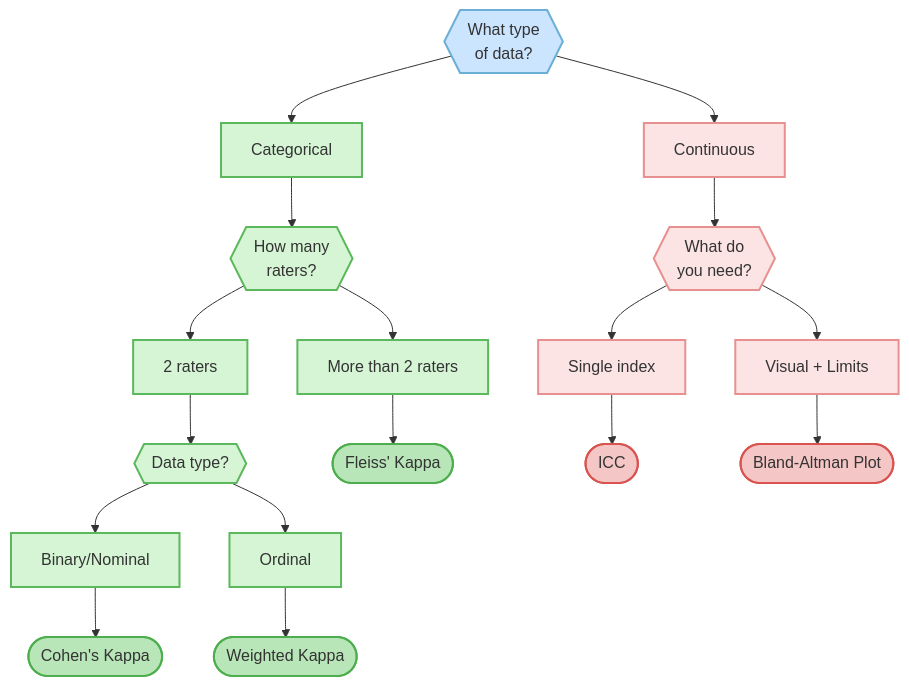
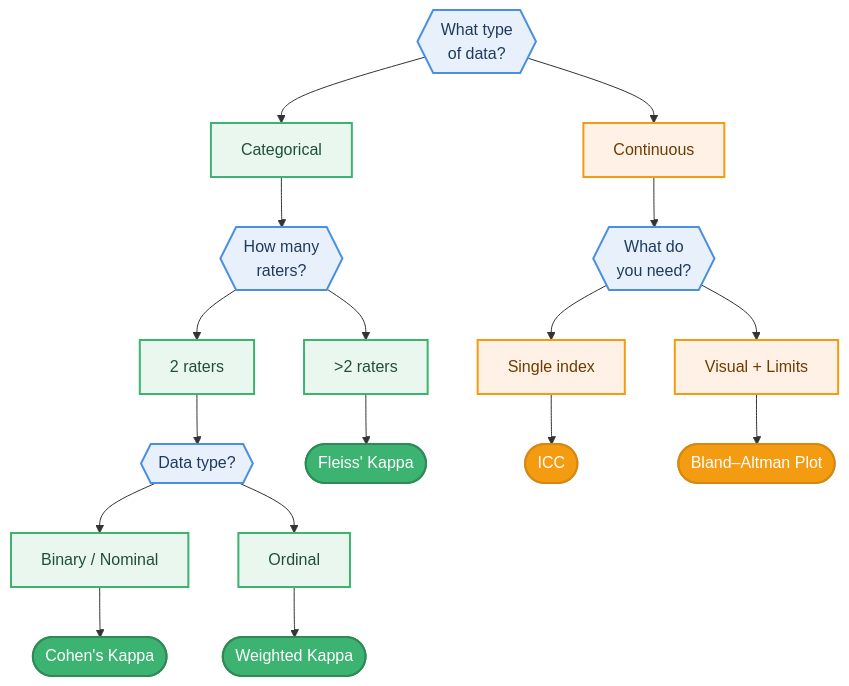
The diagram in _posts/2026-01-10-which-agreement-method.md (EricFu1120/EricFu1120.github.io), drawn with Mermaid before and after one commit. The commit also changed other lines of this file, not shown here.

Commit message:
improve flowchart

````diff
--- a/_posts/2026-01-10-which-agreement-method.md
+++ b/_posts/2026-01-10-which-agreement-method.md
@@ -32,38 +30,50 @@
 ```mermaid
 flowchart TB
-    A{{"What type<br>of data?"}}
+    A{{"What type<br/>of data?"}}
     A --> B["Categorical"]
     A --> C["Continuous"]
     
-    B --> D{{"How many<br>raters?"}}
+    B --> D{{"How many<br/>raters?"}}
     D --> E["2 raters"]
-    D --> F["More than 2 raters"]
+    D --> F[">2 raters"]
     
     E --> G{{"Data type?"}}
-    G --> H["Binary/Nominal"]
+    G --> H["Binary / Nominal"]
     G --> I["Ordinal"]
     
     H --> J(["Cohen's Kappa"])
     I --> K(["Weighted Kappa"])
     F --> L(["Fleiss' Kappa"])
     
-    C --> M{{"What do<br>you need?"}}
+    C --> M{{"What do<br/>you need?"}}
     M --> N["Single index"]
     M --> O["Visual + Limits"]
     
     N --> P(["ICC"])
-    O --> Q(["Bland-Altman Plot"])
+    O --> Q(["Bland–Altman Plot"])
     
-    %% Styling
-    classDef decision fill:#cce5ff,stroke:#6baed6,stroke-width:2px
-    classDef catNode fill:#d5f5d5,stroke:#5cb85c,stroke-width:2px
-    classDef catMethod fill:#b8e6b8,stroke:#4cae4c,stroke-width:2px
-    classDef contNode fill:#fce4e4,stroke:#e89090,stroke-width:2px
-    classDef contMethod fill:#f5c6c6,stroke:#d9534f,stroke-width:2px
+    %% =========================
+    %% Color & Style Definitions
+    %% =========================
     
-    class A decision
-    class B,D,E,F,G,H,I catNode
+    %% Decision nodes
+    classDef decision fill:#E8F1FB,stroke:#4A90E2,stroke-width:2px,color:#1F3A5F
+    
+    %% Categorical branch
+    classDef catNode fill:#EAF7EF,stroke:#3CB371,stroke-width:2px,color:#1F4F3A
+    classDef catMethod fill:#3CB371,stroke:#2E8B57,stroke-width:2px,color:#FFFFFF
+    
+    %% Continuous branch
+    classDef contNode fill:#FFF1E6,stroke:#F39C12,stroke-width:2px,color:#6E3B00
+    classDef contMethod fill:#F39C12,stroke:#D68910,stroke-width:2px,color:#FFFFFF
+    
+    %% =========================
+    %% Class Assignments
+    %% =========================
+    
+    class A,D,G,M decision
+    class B,E,F,H,I catNode
     class J,K,L catMethod
-    class C,M,N,O contNode
+    class C,N,O contNode
     class P,Q contMethod
 ```
````
